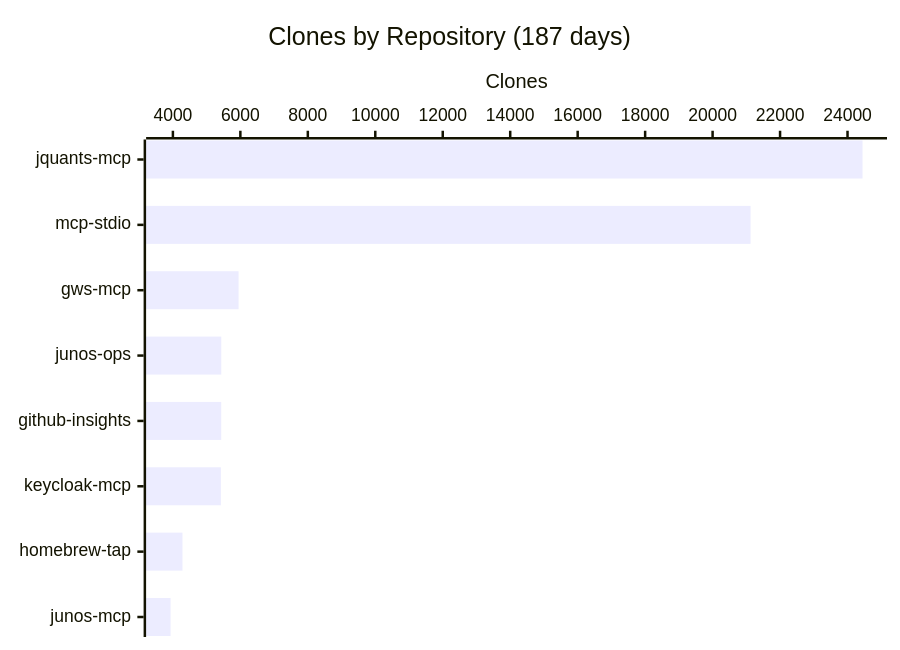
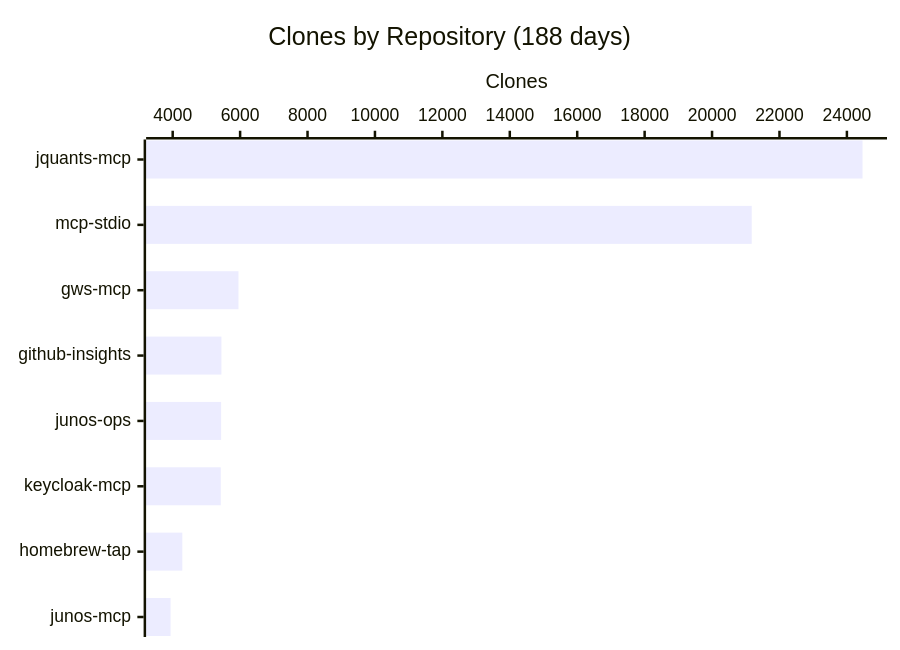
The fourth of 4 diagrams in README.md (shigechika/github-insights), drawn with Mermaid before and after one commit. The commit also changed other lines of this file and 2 other files, not shown here.

````diff
--- a/README.md
+++ b/README.md
@@ -58,7 +58,7 @@
 ```mermaid
 xychart-beta horizontal
-    title "Clones by Repository (187 days)"
-    x-axis ["jquants-mcp", "mcp-stdio", "gws-mcp", "junos-ops", "github-insights", "keycloak-mcp", "homebrew-tap", "junos-mcp"]
+    title "Clones by Repository (188 days)"
+    x-axis ["jquants-mcp", "mcp-stdio", "gws-mcp", "github-insights", "junos-ops", "keycloak-mcp", "homebrew-tap", "junos-mcp"]
     y-axis "Clones"
-    bar [24445, 21125, 5947, 5434, 5433, 5423, 4284, 3931]
+    bar [24464, 21177, 5951, 5445, 5437, 5426, 4285, 3937]
 ```
````
